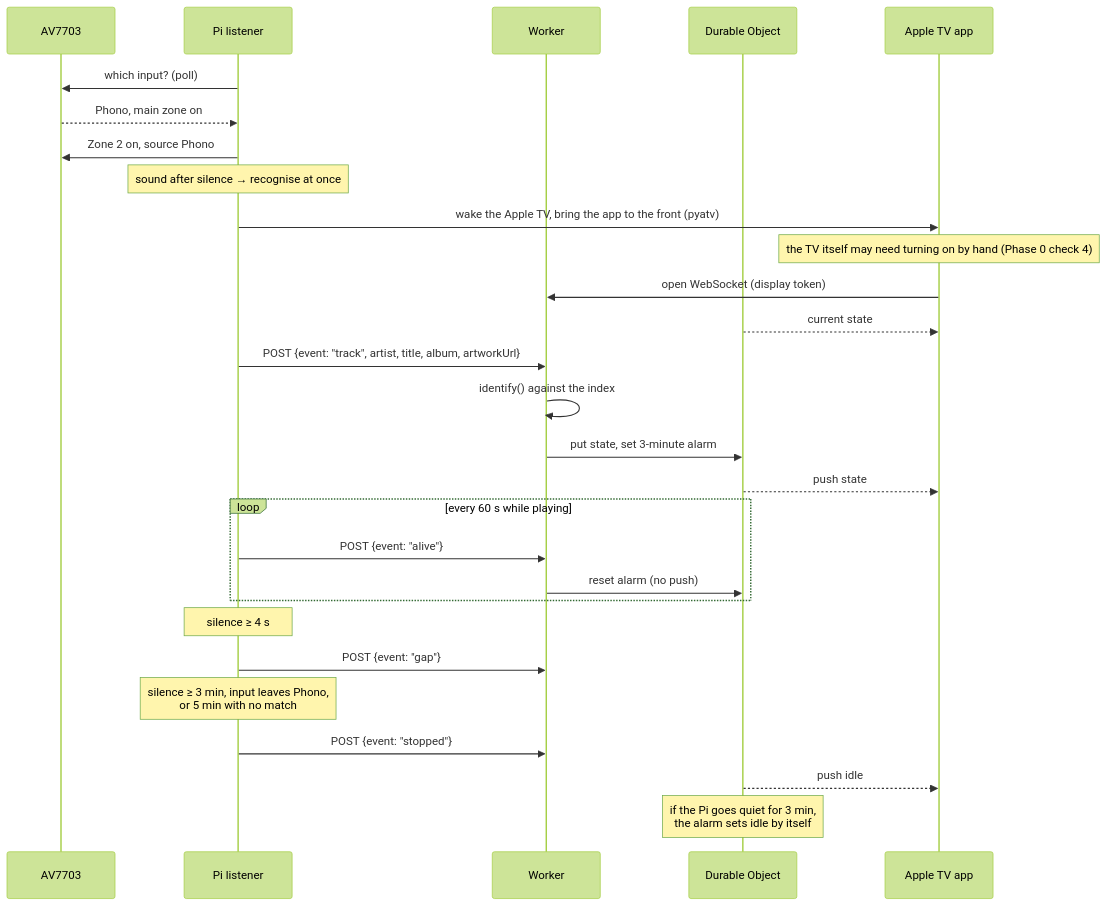
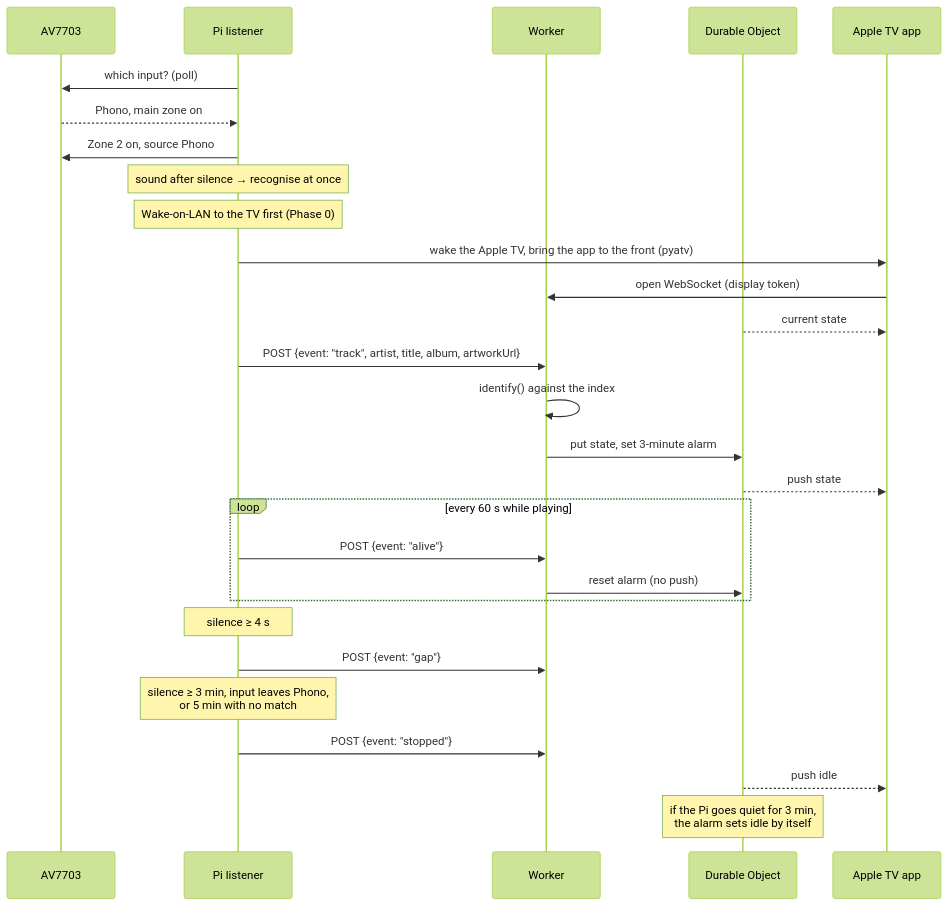
Before and after one commit to mmorper/concerts: the second of 2 diagrams in docs/specs/future/global-now-spinning/global-now-spinning-spec.md, drawn with Mermaid (forest theme). The commit also changed other lines of this file, not shown here.

First line of the commit message:
docs: Now Spinning spec — Wake-on-LAN for the TV, return to Apple TV input after records (#720)

````diff
--- a/docs/specs/future/global-now-spinning/global-now-spinning-spec.md
+++ b/docs/specs/future/global-now-spinning/global-now-spinning-spec.md
@@ -153,30 +155,30 @@
 ```mermaid
 sequenceDiagram
   participant AVR as AV7703
   participant Pi as Pi listener
   participant W as Worker
   participant DO as Durable Object
   participant TV as Apple TV app
   Pi->>AVR: which input? (poll)
   AVR-->>Pi: Phono, main zone on
   Pi->>AVR: Zone 2 on, source Phono
   Note over Pi: sound after silence → recognise at once
+  Note over Pi: Wake-on-LAN to the TV first (Phase 0)
   Pi->>TV: wake the Apple TV, bring the app to the front (pyatv)
-  Note over TV: the TV itself may need turning on by hand (Phase 0 check 4)
   TV->>W: open WebSocket (display token)
   DO-->>TV: current state
   Pi->>W: POST {event: "track", artist, title, album, artworkUrl}
   W->>W: identify() against the index
   W->>DO: put state, set 3-minute alarm
   DO-->>TV: push state
   loop every 60 s while playing
     Pi->>W: POST {event: "alive"}
     W->>DO: reset alarm (no push)
   end
   Note over Pi: silence ≥ 4 s
   Pi->>W: POST {event: "gap"}
   Note over Pi: silence ≥ 3 min, input leaves Phono,<br/>or 5 min with no match
   Pi->>W: POST {event: "stopped"}
   DO-->>TV: push idle
   Note over DO: if the Pi goes quiet for 3 min,<br/>the alarm sets idle by itself
 ```
````
